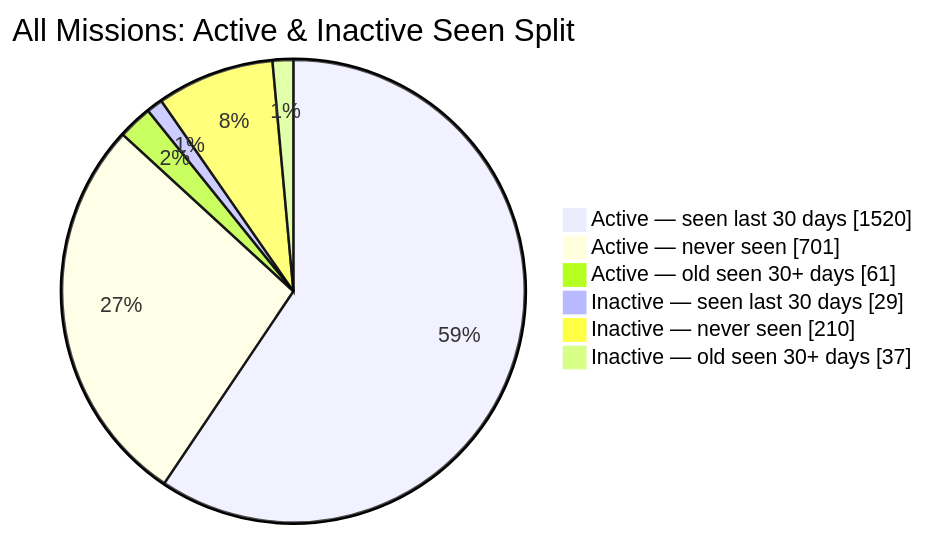
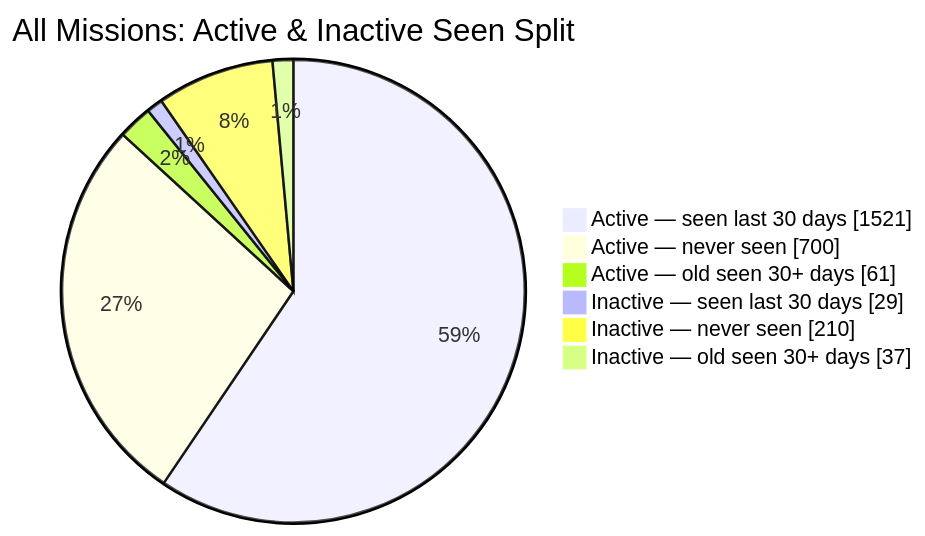
The second of 2 diagrams in README.md (MeldkamerspelGameTeam/active-missions), drawn with Mermaid before and after one commit. The commit also changed other lines of this file and 2 other files, not shown here.

````diff
--- a/README.md
+++ b/README.md
@@ -44,10 +44,10 @@
 ```mermaid
 pie showData
     title All Missions: Active & Inactive Seen Split
-    "Active — seen last 30 days" : 1520
-    "Active — never seen" : 701
+    "Active — seen last 30 days" : 1521
+    "Active — never seen" : 700
     "Active — old seen 30+ days" : 61
     "Inactive — seen last 30 days" : 29
     "Inactive — never seen" : 210
     "Inactive — old seen 30+ days" : 37
 ```
````
